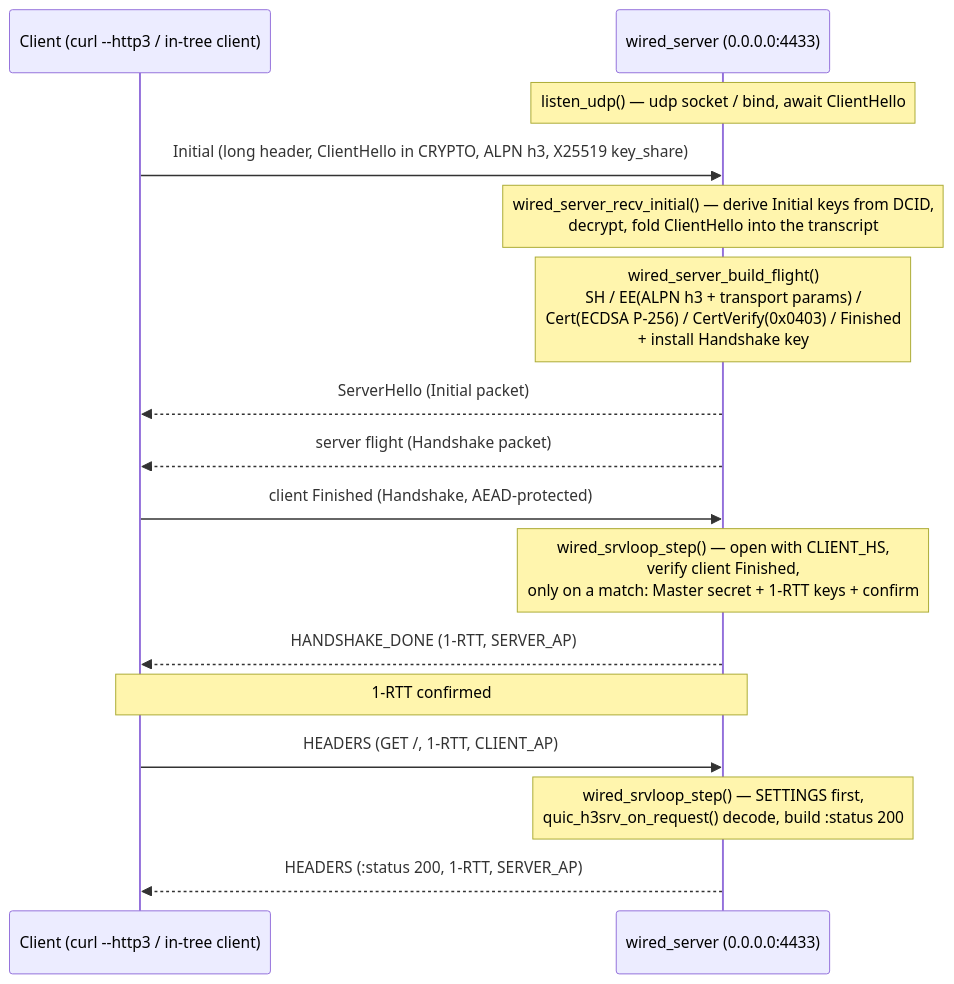
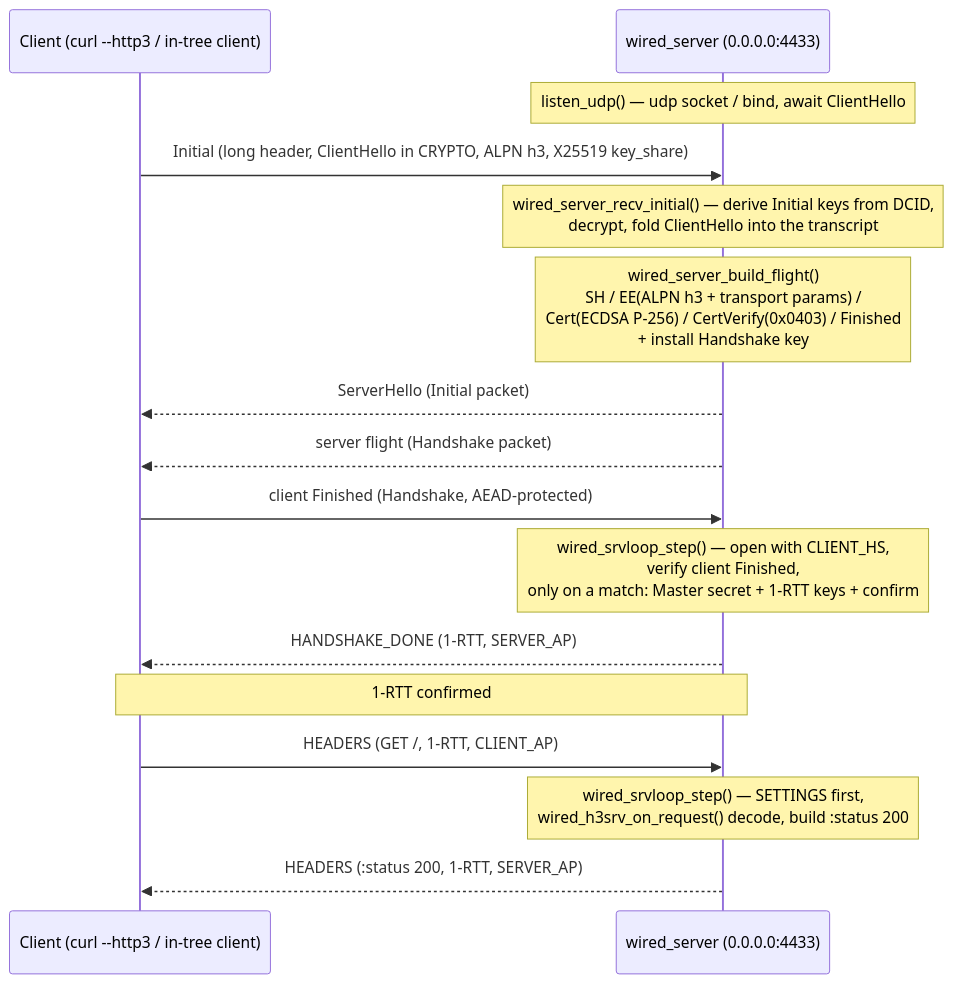
Before and after one commit to Hakkadaikon/wired: the diagram in examples/word_list/README.md, drawn with Mermaid. The commit also changed 12 other files, not shown here.

First line of the commit message:
refactor(h3srv): rename public API to wired_ prefix

````diff
--- a/examples/word_list/README.md
+++ b/examples/word_list/README.md
@@ -53,19 +53,19 @@
 ```mermaid
 sequenceDiagram
     participant C as Client (curl --http3 / in-tree client)
     participant S as wired_server (0.0.0.0:4433)
 
     Note over S: listen_udp() — udp socket / bind, await ClientHello
     C->>S: Initial (long header, ClientHello in CRYPTO, ALPN h3, X25519 key_share)
     Note over S: wired_server_recv_initial() — derive Initial keys from DCID,<br/>decrypt, fold ClientHello into the transcript
     Note over S: wired_server_build_flight()<br/>SH / EE(ALPN h3 + transport params) /<br/>Cert(ECDSA P-256) / CertVerify(0x0403) / Finished<br/>+ install Handshake key
     S-->>C: ServerHello (Initial packet)
     S-->>C: server flight (Handshake packet)
     C->>S: client Finished (Handshake, AEAD-protected)
     Note over S: wired_srvloop_step() — open with CLIENT_HS,<br/>verify client Finished,<br/>only on a match: Master secret + 1-RTT keys + confirm
     S-->>C: HANDSHAKE_DONE (1-RTT, SERVER_AP)
     Note over S,C: 1-RTT confirmed
     C->>S: HEADERS (GET /, 1-RTT, CLIENT_AP)
-    Note over S: wired_srvloop_step() — SETTINGS first,<br/>quic_h3srv_on_request() decode, build :status 200
+    Note over S: wired_srvloop_step() — SETTINGS first,<br/>wired_h3srv_on_request() decode, build :status 200
     S-->>C: HEADERS (:status 200, 1-RTT, SERVER_AP)
 ```
````
